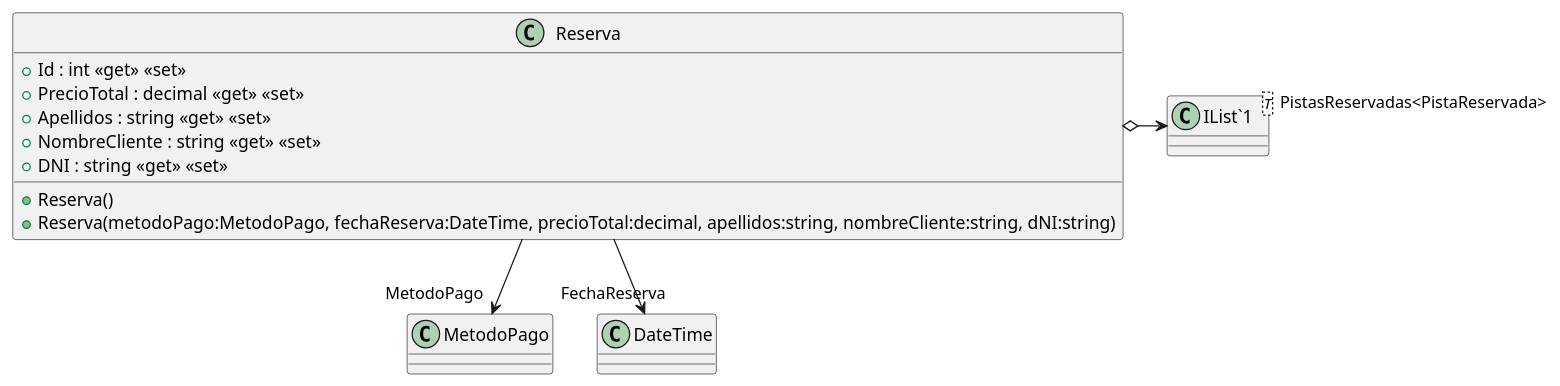
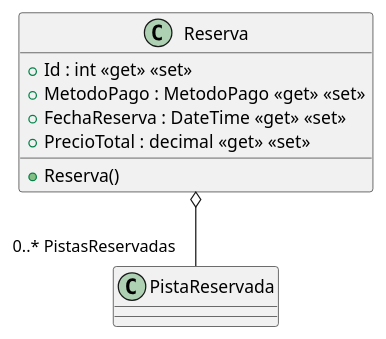
The diagram in src/AppForSEII.API/ClassDiagram/Reserva.puml (ISII2627IsmaelandCompany/-ISII2627IsmaelandCompany), drawn with PlantUML before and after one commit. The commit also changed 8 other files, not shown here.

```diff
--- a/src/AppForSEII.API/ClassDiagram/Reserva.puml
+++ b/src/AppForSEII.API/ClassDiagram/Reserva.puml
@@ -1,16 +1,11 @@
 @startuml
+
 class Reserva {
     + Id : int <<get>> <<set>>
+    + MetodoPago : MetodoPago <<get>> <<set>>
+    + FechaReserva : DateTime <<get>> <<set>>
     + PrecioTotal : decimal <<get>> <<set>>
-    + Apellidos : string <<get>> <<set>>
-    + NombreCliente : string <<get>> <<set>>
-    + DNI : string <<get>> <<set>>
     + Reserva()
-    + Reserva(metodoPago:MetodoPago, fechaReserva:DateTime, precioTotal:decimal, apellidos:string, nombreCliente:string, dNI:string)
 }
-class "IList`1"<T> {
-}
-Reserva o-> "PistasReservadas<PistaReservada>" "IList`1"
-Reserva --> "MetodoPago" MetodoPago
-Reserva --> "FechaReserva" DateTime
+Reserva o-- "0..* PistasReservadas" PistaReservada
 @enduml
```
